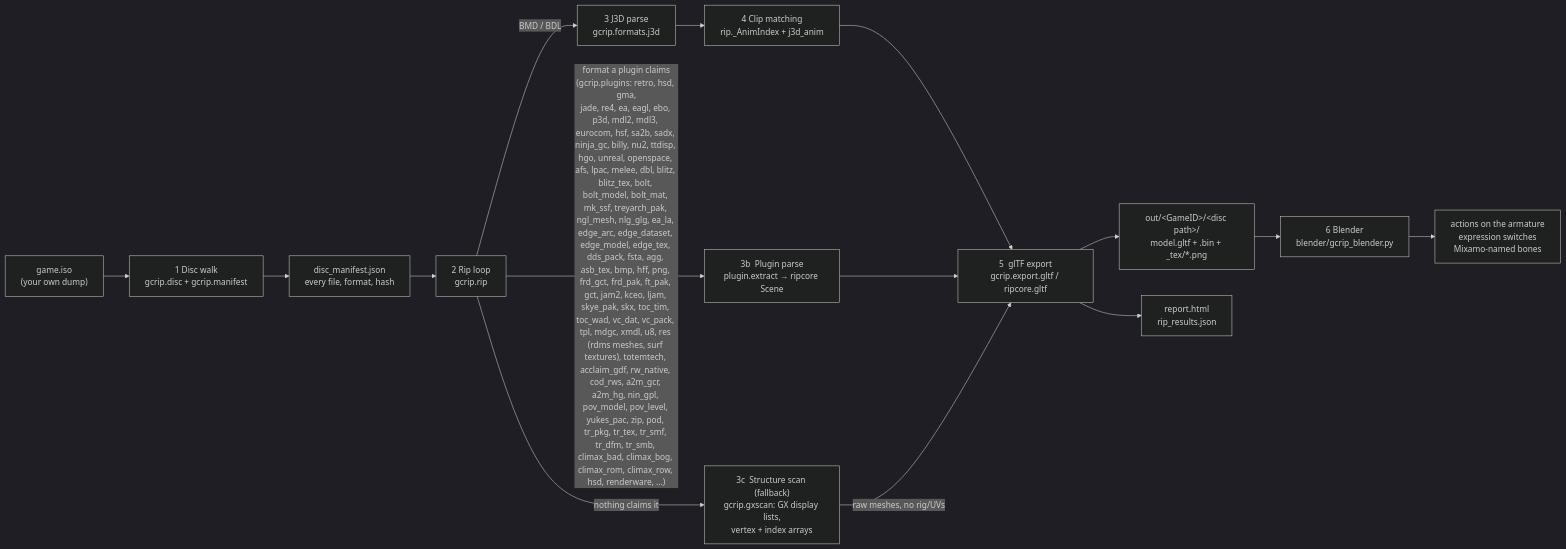
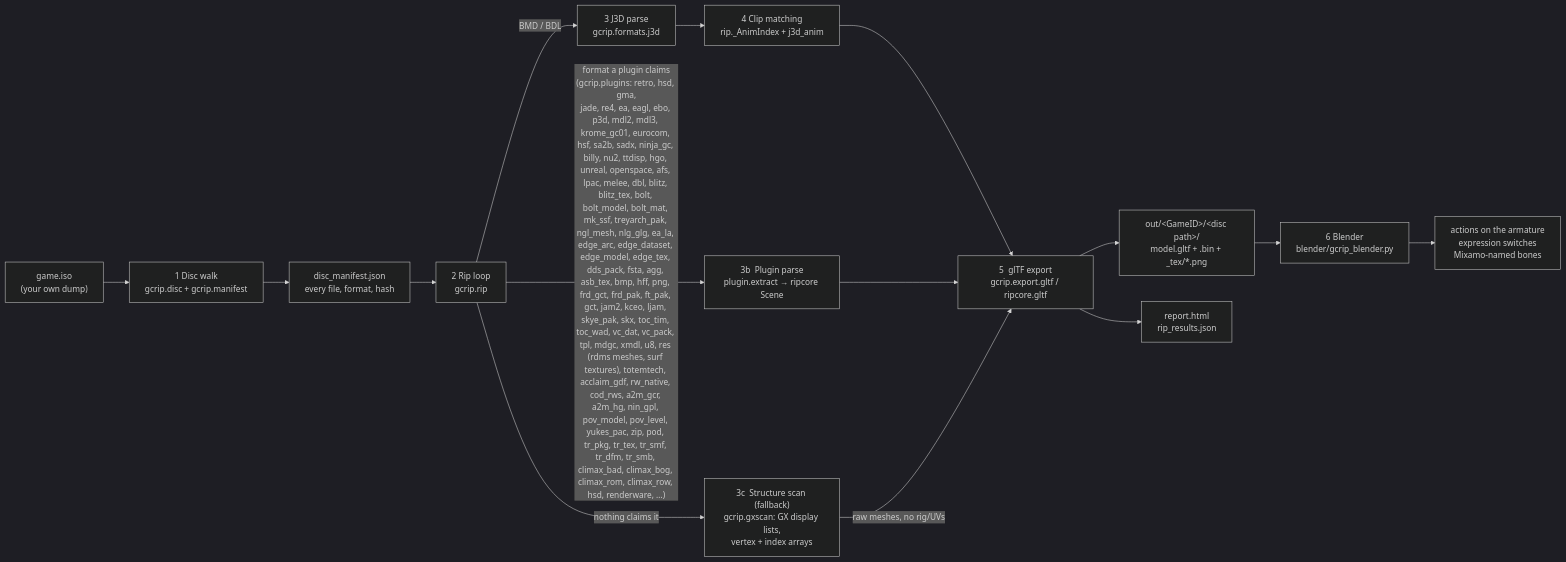
The first of 10 diagrams in docs/PIPELINE.md (Felbs/3d-ripper-9000), drawn with Mermaid (dark theme) before and after one commit. The commit also changed other lines of this file and 7 other files, not shown here.

First line of the commit message:
gcrip krome_gc01: Jimmy Neutron Jet Fusion GC01 .mdl/.mdg (Model::ExploreBuildVertex in Jimmy.elf - 24-byte display-list vertices), 1,317 models on a disc that yielded 18

````diff
--- a/docs/PIPELINE.md
+++ b/docs/PIPELINE.md
@@ -11,17 +11,17 @@
 ```mermaid
 flowchart LR
     ISO["game.iso<br/>(your own dump)"] --> WALK["1  Disc walk<br/>gcrip.disc + gcrip.manifest"]
     WALK --> MAN["disc_manifest.json<br/>every file, format, hash"]
     MAN --> RIP["2  Rip loop<br/>gcrip.rip"]
     RIP -->|"BMD / BDL"| J3D["3  J3D parse<br/>gcrip.formats.j3d"]
-    RIP -->|"format a plugin claims<br/>(gcrip.plugins: retro, hsd, gma,<br/>jade, re4, ea, eagl, ebo, p3d, mdl2, mdl3, eurocom, hsf, sa2b, sadx, ninja_gc, billy, nu2, ttdisp, hgo, unreal, openspace, afs, lpac, melee, dbl, blitz, blitz_tex, bolt, bolt_model, bolt_mat, mk_ssf, treyarch_pak, ngl_mesh, nlg_glg, ea_la, edge_arc, edge_dataset, edge_model, edge_tex, dds_pack, fsta, agg, asb_tex, bmp, hff, png, frd_gct, frd_pak, ft_pak, gct, jam2, kceo, ljam, skye_pak, skx, toc_tim, toc_wad, vc_dat, vc_pack, tpl, mdgc, xmdl, u8, res (rdms meshes, surf textures), totemtech, acclaim_gdf, rw_native, cod_rws, a2m_gcr, a2m_hg, nin_gpl, pov_model, pov_level, yukes_pac, zip, pod, tr_pkg, tr_tex, tr_smf, tr_dfm, tr_smb, climax_bad, climax_bog, climax_rom, climax_row, hsd, renderware, …)"| PLUG["3b  Plugin parse<br/>plugin.extract → ripcore Scene"]
+    RIP -->|"format a plugin claims<br/>(gcrip.plugins: retro, hsd, gma,<br/>jade, re4, ea, eagl, ebo, p3d, mdl2, mdl3, krome_gc01, eurocom, hsf, sa2b, sadx, ninja_gc, billy, nu2, ttdisp, hgo, unreal, openspace, afs, lpac, melee, dbl, blitz, blitz_tex, bolt, bolt_model, bolt_mat, mk_ssf, treyarch_pak, ngl_mesh, nlg_glg, ea_la, edge_arc, edge_dataset, edge_model, edge_tex, dds_pack, fsta, agg, asb_tex, bmp, hff, png, frd_gct, frd_pak, ft_pak, gct, jam2, kceo, ljam, skye_pak, skx, toc_tim, toc_wad, vc_dat, vc_pack, tpl, mdgc, xmdl, u8, res (rdms meshes, surf textures), totemtech, acclaim_gdf, rw_native, cod_rws, a2m_gcr, a2m_hg, nin_gpl, pov_model, pov_level, yukes_pac, zip, pod, tr_pkg, tr_tex, tr_smf, tr_dfm, tr_smb, climax_bad, climax_bog, climax_rom, climax_row, hsd, renderware, …)"| PLUG["3b  Plugin parse<br/>plugin.extract → ripcore Scene"]
     RIP -->|"nothing claims it"| GX["3c  Structure scan (fallback)<br/>gcrip.gxscan: GX display lists,<br/>vertex + index arrays"]
     J3D --> ANIM["4  Clip matching<br/>rip._AnimIndex + j3d_anim"]
     ANIM --> GLTF["5  glTF export<br/>gcrip.export.gltf / ripcore.gltf"]
     PLUG --> GLTF
     GX -->|"raw meshes, no rig/UVs"| GLTF
     GLTF --> OUT["out/&lt;GameID&gt;/&lt;disc path&gt;/<br/>model.gltf + .bin + _tex/*.png"]
     GLTF --> REP["report.html<br/>rip_results.json"]
     OUT --> BL["6  Blender<br/>blender/gcrip_blender.py"]
     BL --> PLAY["actions on the armature<br/>expression switches<br/>Mixamo-named bones"]
 ```
````
